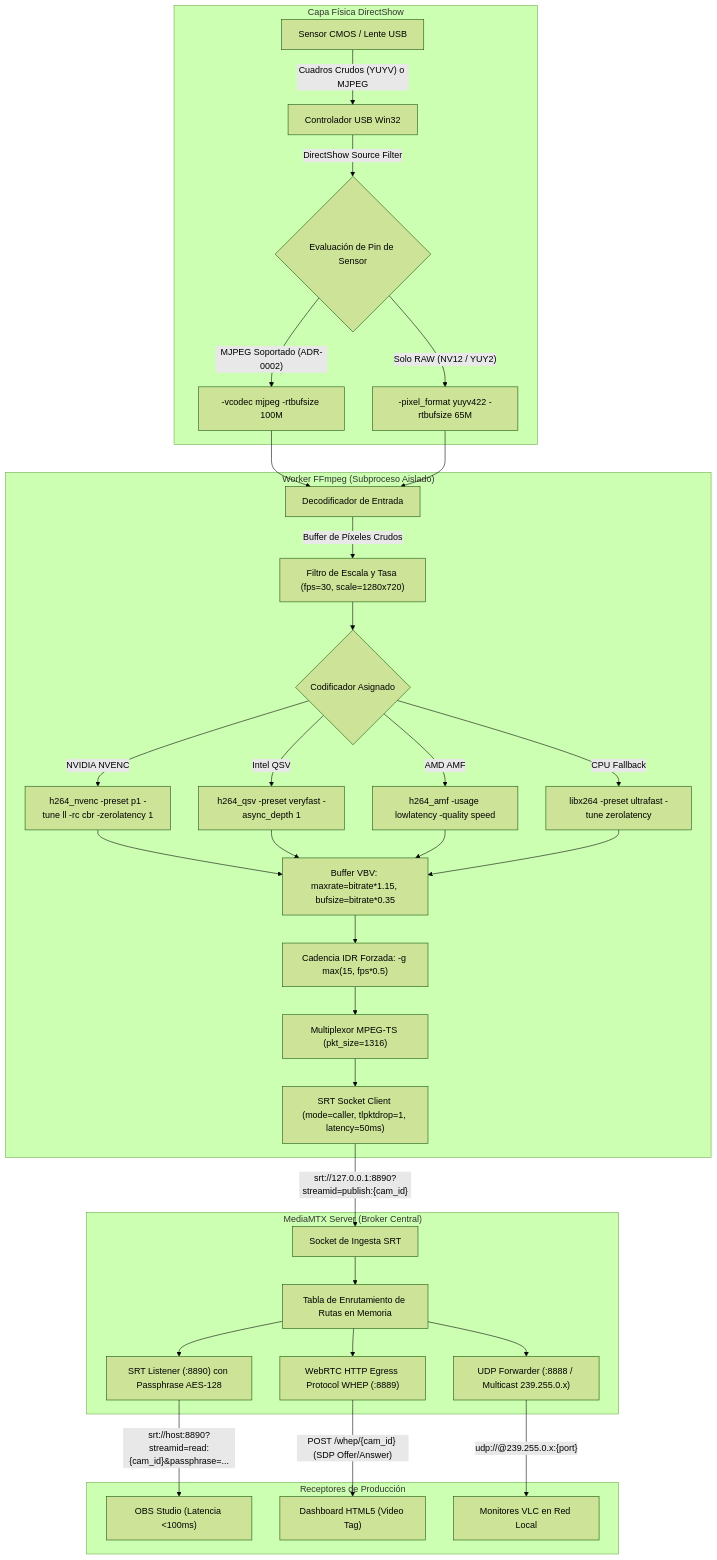
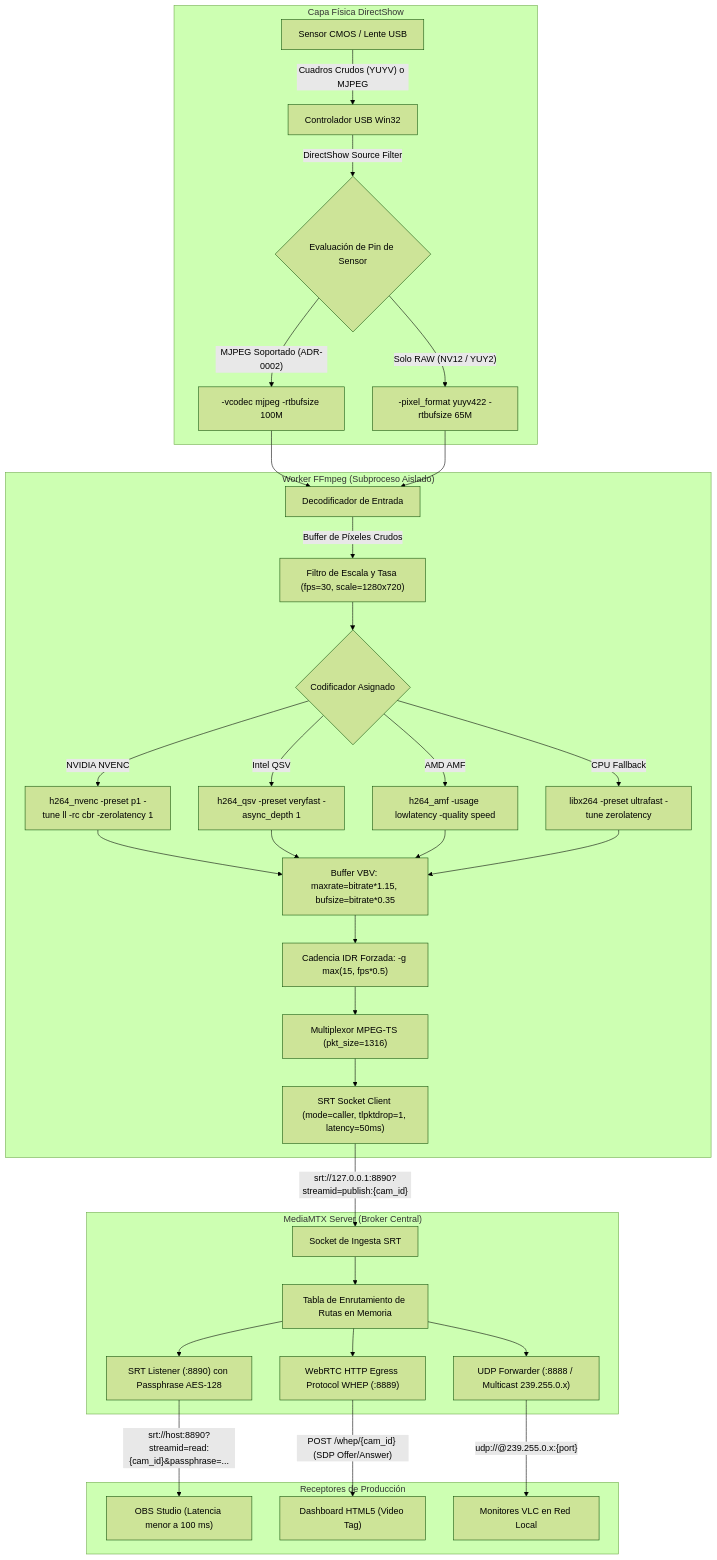
Before and after one commit to FJYarsky/RTMS: the fourth of 4 diagrams in docs/architecture/c4-system-architecture.md, drawn with Mermaid (forest theme). The commit also changed other lines of this file and 12 other files, not shown here.

````diff
--- a/docs/architecture/c4-system-architecture.md
+++ b/docs/architecture/c4-system-architecture.md
@@ -123,44 +119,44 @@
 ```mermaid
 flowchart TD
     subgraph DSHOW [" Capa Física DirectShow "]
         USB["Sensor CMOS / Lente USB"] -->|"Cuadros Crudos (YUYV) o MJPEG"| DRV["Controlador USB Win32"]
         DRV -->|"DirectShow Source Filter"| PIN{"Evaluación de Pin de Sensor"}
         PIN -->|"MJPEG Soportado (ADR-0002)"| M_PIN["-vcodec mjpeg -rtbufsize 100M"]
         PIN -->|"Solo RAW (NV12 / YUY2)"| R_PIN["-pixel_format yuyv422 -rtbufsize 65M"]
     end
 
     subgraph WORKER [" Worker FFmpeg (Subproceso Aislado) "]
         M_PIN --> DEC["Decodificador de Entrada"]
         R_PIN --> DEC
         DEC -->|"Buffer de Píxeles Crudos"| FLT["Filtro de Escala y Tasa (fps=30, scale=1280x720)"]
         FLT --> ENC{"Codificador Asignado"}
         
         ENC -->|"NVIDIA NVENC"| E_NV["h264_nvenc -preset p1 -tune ll -rc cbr -zerolatency 1"]
         ENC -->|"Intel QSV"| E_QSV["h264_qsv -preset veryfast -async_depth 1"]
         ENC -->|"AMD AMF"| E_AMF["h264_amf -usage lowlatency -quality speed"]
         ENC -->|"CPU Fallback"| E_CPU["libx264 -preset ultrafast -tune zerolatency"]
         
         E_NV --> CBR["Buffer VBV: maxrate=bitrate*1.15, bufsize=bitrate*0.35"]
         E_QSV --> CBR
         E_AMF --> CBR
         E_CPU --> CBR
 
         CBR --> GOP["Cadencia IDR Forzada: -g max(15, fps*0.5)"]
         GOP --> MUX["Multiplexor MPEG-TS (pkt_size=1316)"]
         MUX --> PUSH["SRT Socket Client (mode=caller, tlpktdrop=1, latency=50ms)"]
     end
 
     subgraph BROKER [" MediaMTX Server (Broker Central) "]
         PUSH -->|"srt://127.0.0.1:8890?streamid=publish:{cam_id}"| INGEST_SOCK["Socket de Ingesta SRT"]
         INGEST_SOCK --> ROUTE["Tabla de Enrutamiento de Rutas en Memoria"]
         ROUTE --> EGRESS_SRT["SRT Listener (:8890) con Passphrase AES-128"]
         ROUTE --> EGRESS_WHEP["WebRTC HTTP Egress Protocol WHEP (:8889)"]
         ROUTE --> EGRESS_UDP["UDP Forwarder (:8888 / Multicast 239.255.0.x)"]
     end
 
     subgraph CLIENTS [" Receptores de Producción "]
-        EGRESS_SRT -->|"srt://host:8890?streamid=read:{cam_id}&passphrase=..."| OBS["OBS Studio (Latencia <100ms)"]
+        EGRESS_SRT -->|"srt://host:8890?streamid=read:{cam_id}&passphrase=..."| OBS["OBS Studio (Latencia menor a 100 ms)"]
         EGRESS_WHEP -->|"POST /whep/{cam_id} (SDP Offer/Answer)"| WEB["Dashboard HTML5 (Video Tag)"]
         EGRESS_UDP -->|"udp://@239.255.0.x:{port}"| VLC["Monitores VLC en Red Local"]
     end
 ```
````
